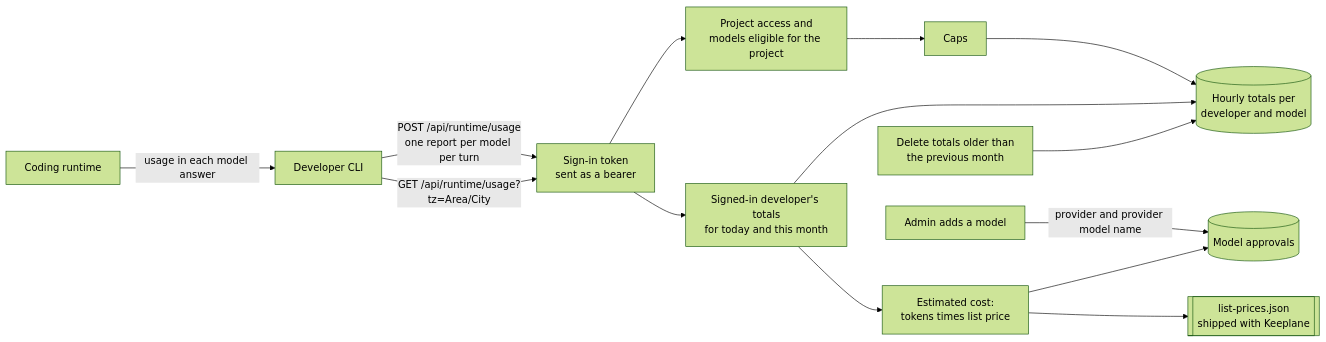
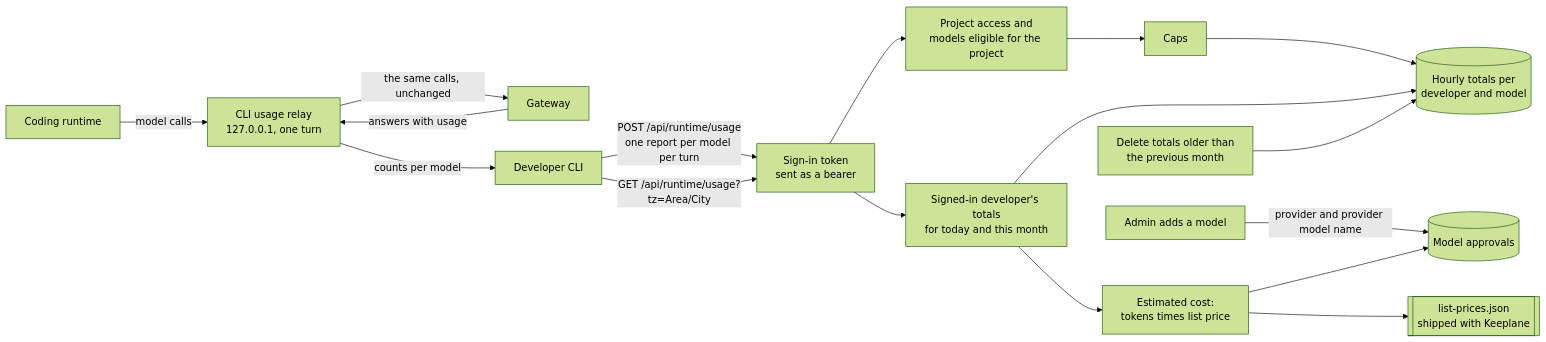
One commit to OsamaFelFel/keeplane changed the diagram in docs/architecture/developer-usage.md. Above: the diagram before and after it, drawn with Mermaid (forest theme). The commit also changed other lines of this file and 26 other files, not shown here.

Commit message:
feat(cli): report each turn's usage through a loopback relay and add keeplane usage

````diff
--- a/docs/architecture/developer-usage.md
+++ b/docs/architecture/developer-usage.md
@@ -7,16 +7,19 @@
 ```mermaid
 flowchart LR
-  Runtime[Coding runtime] -->|usage in each model answer| CLI[Developer CLI]
+  Runtime[Coding runtime] -->|model calls| Relay[CLI usage relay<br/>127.0.0.1, one turn]
+  Relay -->|the same calls, unchanged| Gateway[Gateway]
+  Gateway -->|answers with usage| Relay
+  Relay -->|counts per model| CLI[Developer CLI]
   CLI -->|POST /api/runtime/usage<br/>one report per model per turn| Auth[Sign-in token<br/>sent as a bearer]
   Auth --> Check[Project access and<br/>models eligible for the project]
   Check --> Caps[Caps]
   Caps --> Totals[(Hourly totals per<br/>developer and model)]
   CLI -->|GET /api/runtime/usage?tz=Area/City| Auth
   Auth --> Read[Signed-in developer's totals<br/>for today and this month]
   Read --> Totals
   Read --> Cost[Estimated cost:<br/>tokens times list price]
   Add[Admin adds a model] -->|provider and provider model name| Approvals[(Model approvals)]
   Cost --> Approvals
   Cost --> Prices[[list-prices.json<br/>shipped with Keeplane]]
   Retention[Delete totals older than<br/>the previous month] --> Totals
 ```
````
